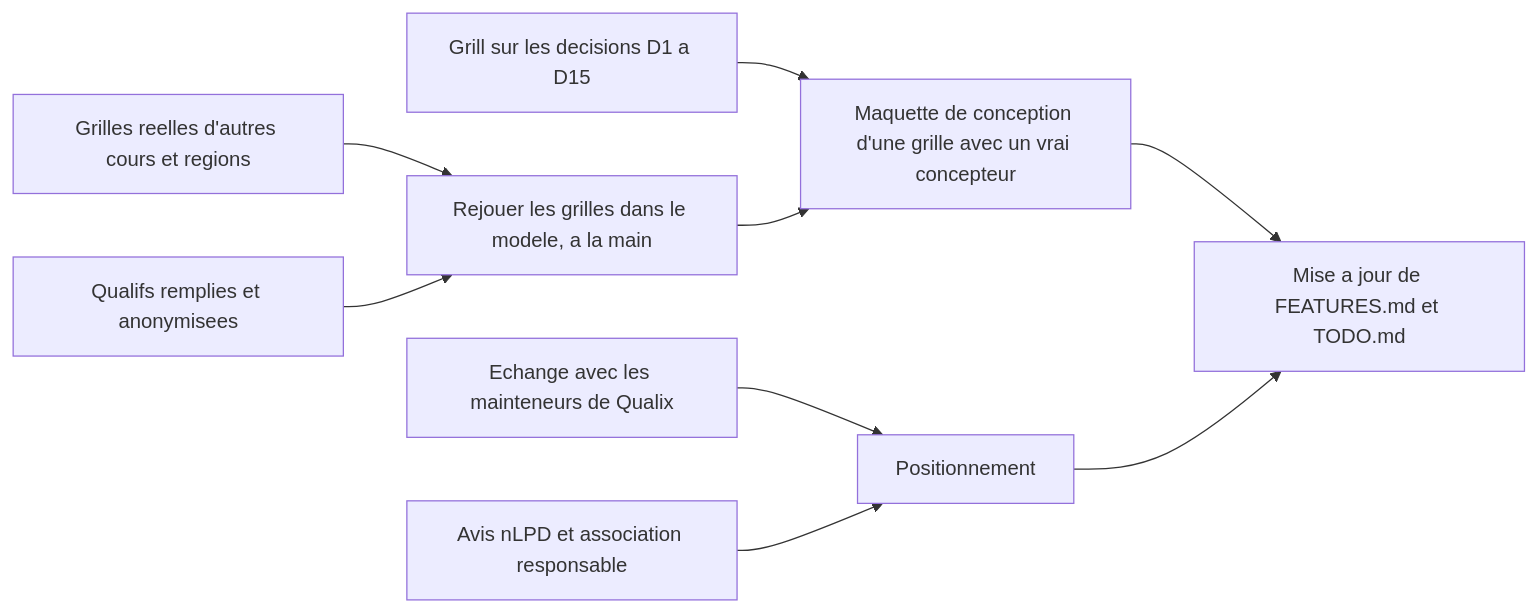
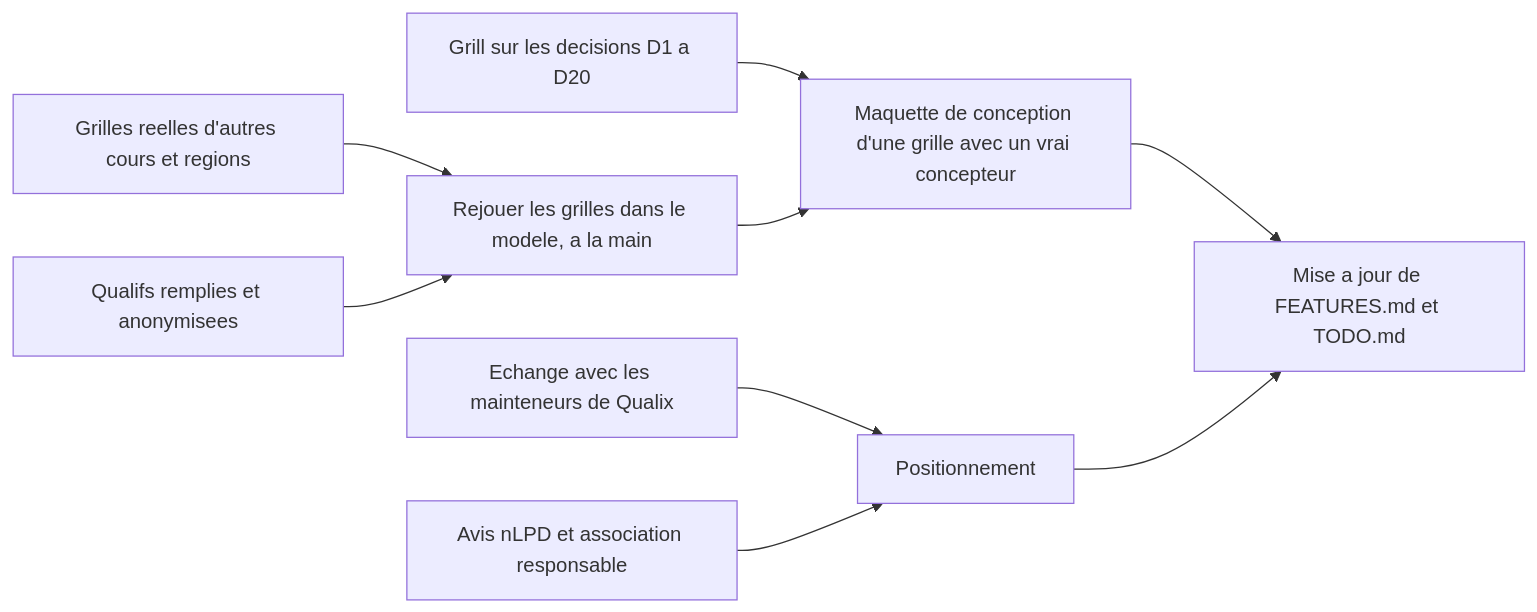
The third of 3 diagrams in docs/analyse/README.md (fuzoh/azimut), drawn with Mermaid before and after one commit. The commit also changed other lines of this file and 1 other file, not shown here.

````diff
--- a/docs/analyse/README.md
+++ b/docs/analyse/README.md
@@ -155,11 +156,11 @@
 ```mermaid
 flowchart LR
-  G["Grill sur les decisions D1 a D15"] --> M["Maquette de conception d'une grille avec un vrai concepteur"]
+  G["Grill sur les decisions D1 a D20"] --> M["Maquette de conception d'une grille avec un vrai concepteur"]
   Q["Grilles reelles d'autres cours et regions"] --> R["Rejouer les grilles dans le modele, a la main"]
   F["Qualifs remplies et anonymisees"] --> R
   R --> M
   QX["Echange avec les mainteneurs de Qualix"] --> P["Positionnement"]
   NL["Avis nLPD et association responsable"] --> P
   M --> U["Mise a jour de FEATURES.md et TODO.md"]
   P --> U
 ```
````
